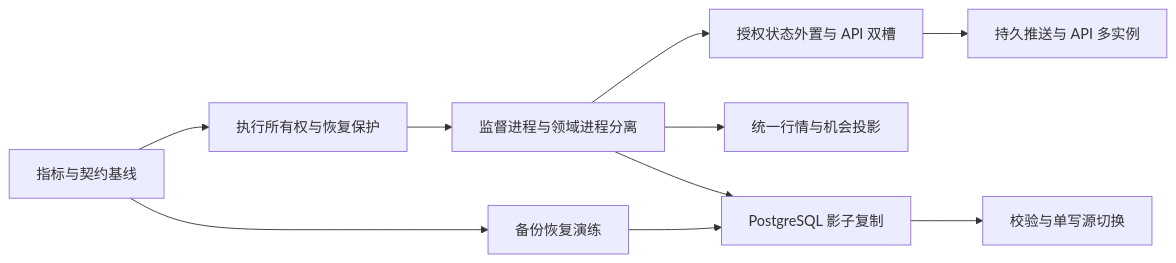
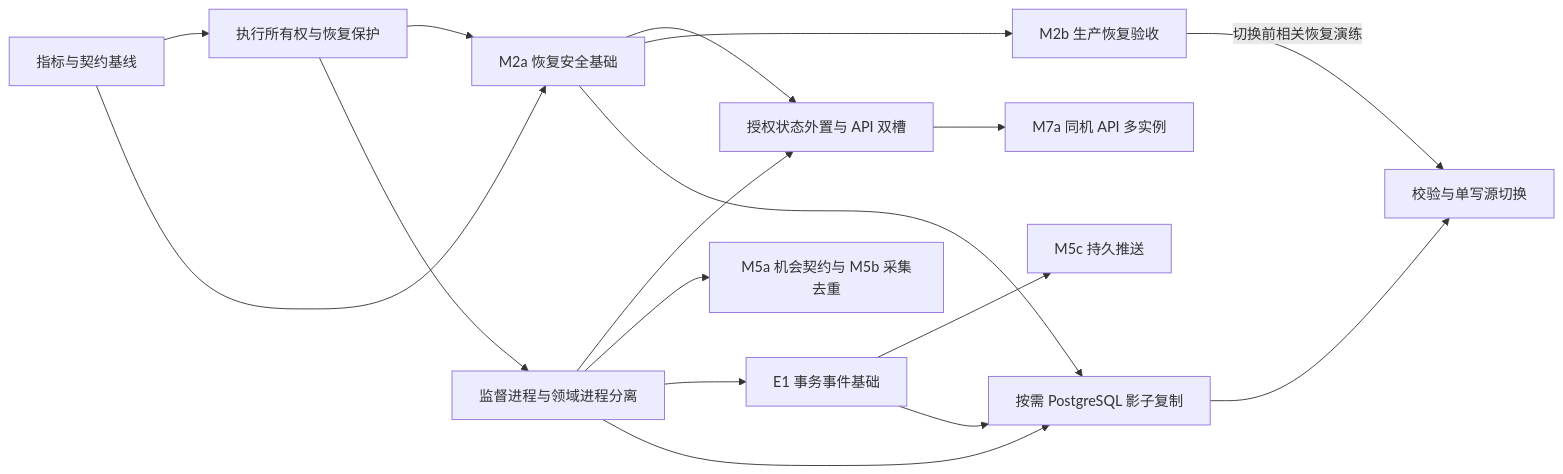
The first of 2 diagrams in docs/architecture-implementation.md (hxx344/project-aggregation), drawn with Mermaid before and after one commit. The commit also changed other lines of this file and 3 other files, not shown here.

First line of the commit message:
docs(architecture): refine stage gates and activation contracts

````diff
--- a/docs/architecture-implementation.md
+++ b/docs/architecture-implementation.md
@@ -52,12 +54,19 @@
 ```mermaid
 flowchart LR
   A[指标与契约基线] --> B[执行所有权与恢复保护]
-  A --> C[备份恢复演练]
+  A --> C[M2a 恢复安全基础]
+  B --> C
   B --> D[监督进程与领域进程分离]
   D --> E[授权状态外置与 API 双槽]
-  D --> F[统一行情与机会投影]
-  E --> G[持久推送与 API 多实例]
-  C --> H[PostgreSQL 影子复制]
+  C --> E
+  C --> R[M2b 生产恢复验收]
+  D --> F[M5a 机会契约与 M5b 采集去重]
+  D --> J[E1 事务事件基础]
+  J --> G[M5c 持久推送]
+  E --> N[M7a 同机 API 多实例]
+  C --> H[按需 PostgreSQL 影子复制]
   D --> H
+  J --> H
+  R -->|切换前相关恢复演练| I
   H --> I[校验与单写源切换]
 ```
````
